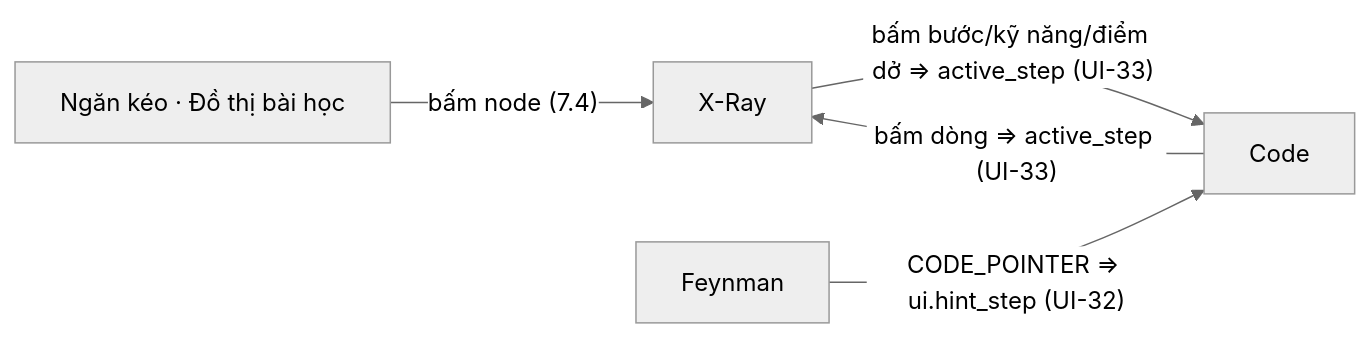
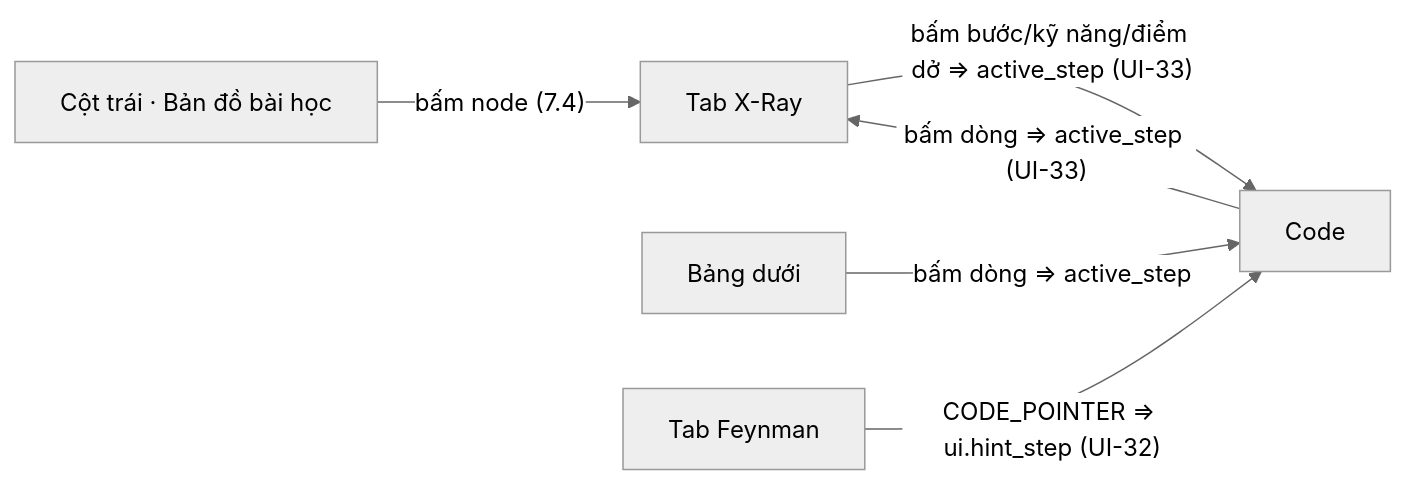
One commit to huynhthanhnhannnh-pixel/Hackathon_SGU changed the diagram in spec/30_UI.md. Above: the diagram before and after it, drawn with Mermaid (neutral theme). The commit also changed other lines of this file and 23 other files, not shown here.

````diff
--- a/spec/30_UI.md
+++ b/spec/30_UI.md
@@ -17,7 +18,8 @@
 ```mermaid
 flowchart LR
-  MAP["Ngăn kéo · Đồ thị bài học"] -- "bấm node (7.4)" --> XR["X-Ray"]
+  MAP["Cột trái · Bản đồ bài học"] -- "bấm node (7.4)" --> XR["Tab X-Ray"]
   XR -- "bấm bước/kỹ năng/điểm dở ⇒ active_step (UI-33)" --> CODE["Code"]
   CODE -- "bấm dòng ⇒ active_step (UI-33)" --> XR
-  FY["Feynman"] -- "CODE_POINTER ⇒ ui.hint_step (UI-32)" --> CODE
+  BOT["Bảng dưới"] -- "bấm dòng ⇒ active_step" --> CODE
+  FY["Tab Feynman"] -- "CODE_POINTER ⇒ ui.hint_step (UI-32)" --> CODE
 ```
````
